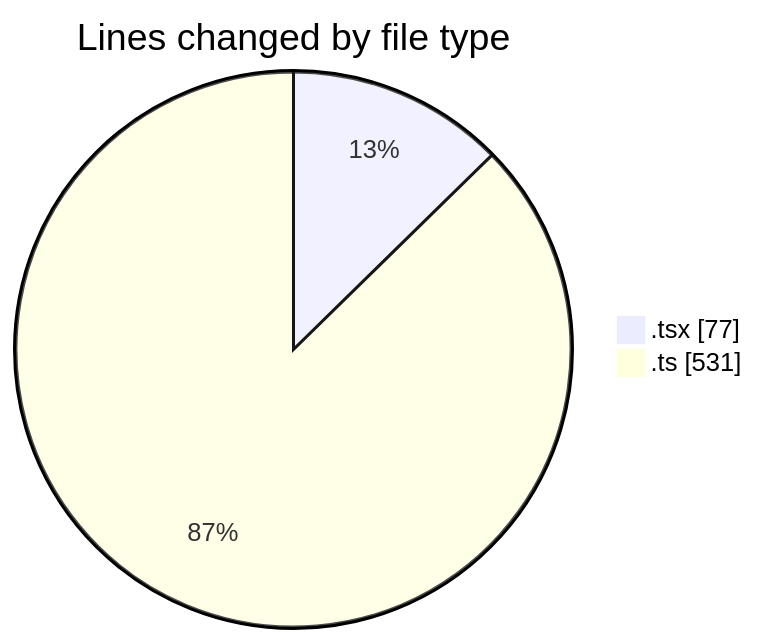
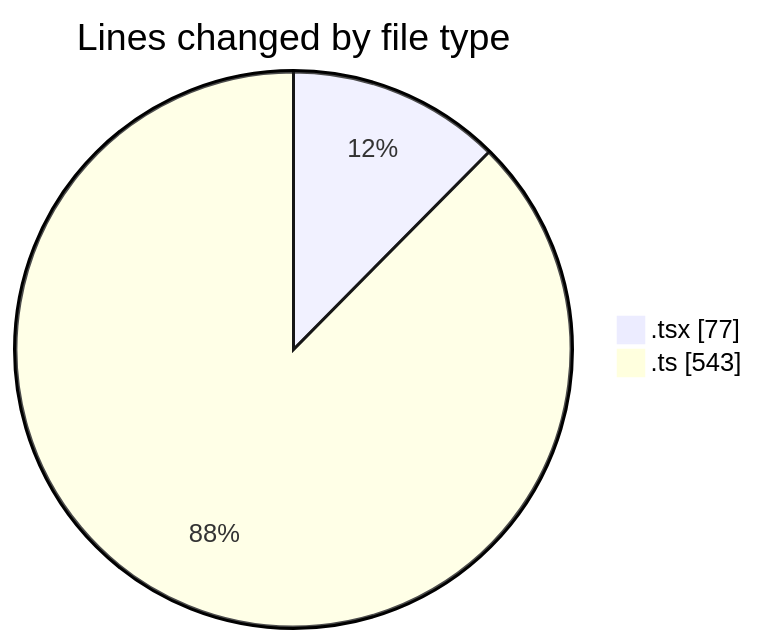
The first of 2 diagrams in 2025-01-22/mbc-web/README.md (robertbonfada/code-tracking), drawn with Mermaid before and after one commit. The commit also changed other lines of this file and 1 other file, not shown here.

````diff
--- a/2025-01-22/mbc-web/README.md
+++ b/2025-01-22/mbc-web/README.md
@@ -23,6 +23,6 @@
 ```mermaid
 pie showData
 title Lines changed by file type
 ".tsx" : 77
-".ts" : 531
+".ts" : 543
 ```
````
